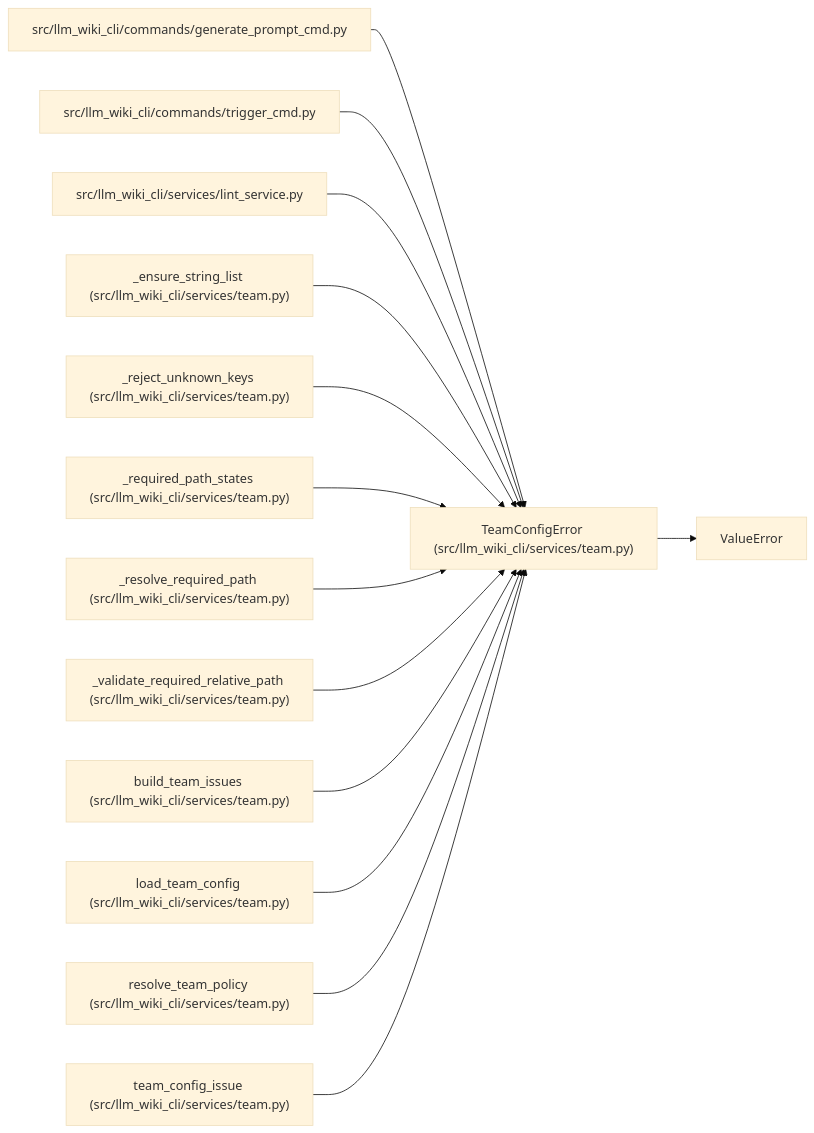
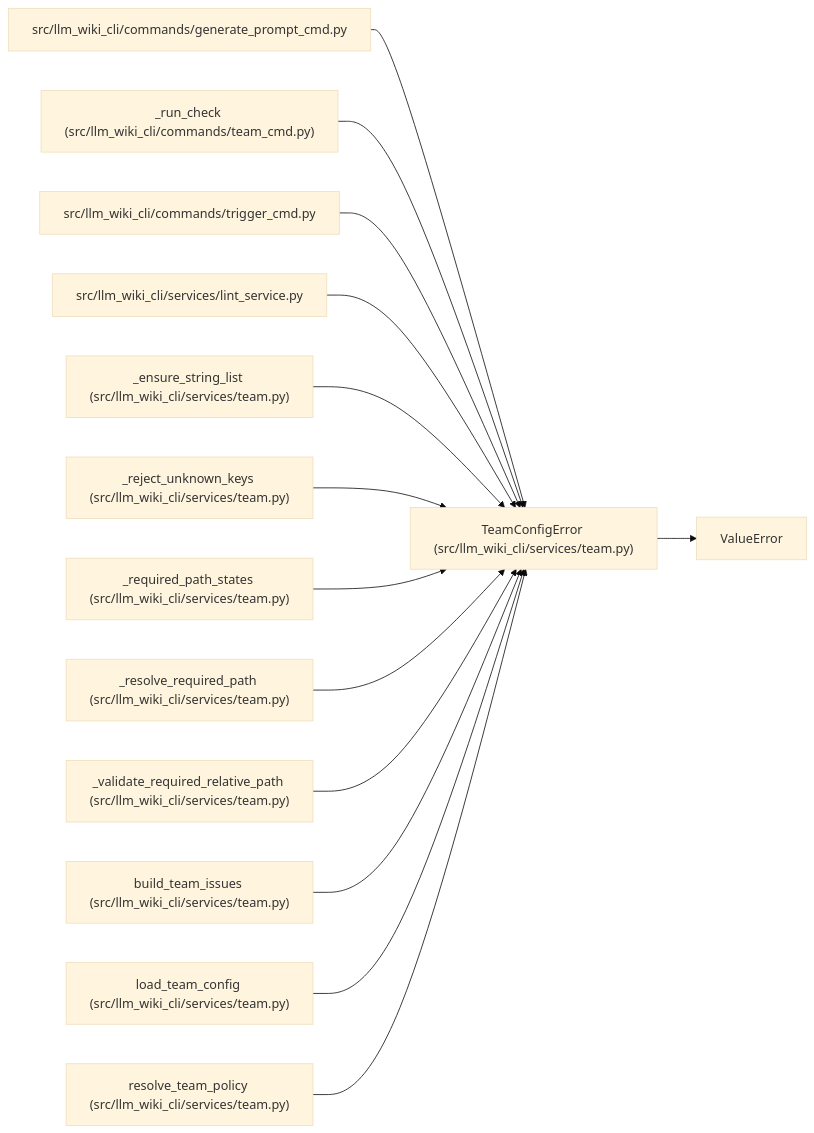
The diagram in docs/llm_wiki/entities/TeamConfigError.md (Denissvgn/python-wiki-llm), drawn with Mermaid (base theme) before and after one commit. The commit also changed other lines of this file and 719 other files, not shown here.

````diff
--- a/docs/llm_wiki/entities/TeamConfigError.md
+++ b/docs/llm_wiki/entities/TeamConfigError.md
@@ -23,43 +23,43 @@
 ```mermaid
 flowchart LR
     n0["TeamConfigError (src/llm_wiki_cli/services/team.py)"]
     n1["ValueError"]
     n2["src/llm_wiki_cli/commands/generate_prompt_cmd.py"]
-    n3["src/llm_wiki_cli/commands/trigger_cmd.py"]
-    n4["src/llm_wiki_cli/services/lint_service.py"]
-    n5["_ensure_string_list (src/llm_wiki_cli/services/team.py)"]
-    n6["_reject_unknown_keys (src/llm_wiki_cli/services/team.py)"]
-    n7["_required_path_states (src/llm_wiki_cli/services/team.py)"]
-    n8["_resolve_required_path (src/llm_wiki_cli/services/team.py)"]
-    n9["_validate_required_relative_path (src/llm_wiki_cli/services/team.py)"]
-    n10["build_team_issues (src/llm_wiki_cli/services/team.py)"]
-    n11["load_team_config (src/llm_wiki_cli/services/team.py)"]
-    n12["resolve_team_policy (src/llm_wiki_cli/services/team.py)"]
-    n13["team_config_issue (src/llm_wiki_cli/services/team.py)"]
+    n3["_run_check (src/llm_wiki_cli/commands/team_cmd.py)"]
+    n4["src/llm_wiki_cli/commands/trigger_cmd.py"]
+    n5["src/llm_wiki_cli/services/lint_service.py"]
+    n6["_ensure_string_list (src/llm_wiki_cli/services/team.py)"]
+    n7["_reject_unknown_keys (src/llm_wiki_cli/services/team.py)"]
+    n8["_required_path_states (src/llm_wiki_cli/services/team.py)"]
+    n9["_resolve_required_path (src/llm_wiki_cli/services/team.py)"]
+    n10["_validate_required_relative_path (src/llm_wiki_cli/services/team.py)"]
+    n11["build_team_issues (src/llm_wiki_cli/services/team.py)"]
+    n12["load_team_config (src/llm_wiki_cli/services/team.py)"]
+    n13["resolve_team_policy (src/llm_wiki_cli/services/team.py)"]
     n0 --> n1
     n2 --> n0
     n3 --> n0
     n4 --> n0
     n5 --> n0
     n6 --> n0
     n7 --> n0
     n8 --> n0
     n9 --> n0
     n10 --> n0
     n11 --> n0
     n12 --> n0
     n13 --> n0
     click n0 "../modules/team.md"
     click n2 "../modules/generate_prompt_cmd.md"
-    click n3 "../modules/trigger_cmd.md"
-    click n4 "../modules/lint_service.md"
-    click n5 "../modules/team.md"
+    click n3 "../modules/team_cmd.md"
+    click n4 "../modules/trigger_cmd.md"
+    click n5 "../modules/lint_service.md"
     click n6 "../modules/team.md"
     click n7 "../modules/team.md"
     click n8 "../modules/team.md"
     click n9 "../modules/team.md"
     click n10 "../modules/team.md"
     click n11 "../modules/team.md"
     click n12 "../modules/team.md"
     click n13 "../modules/team.md"
 ```
````
